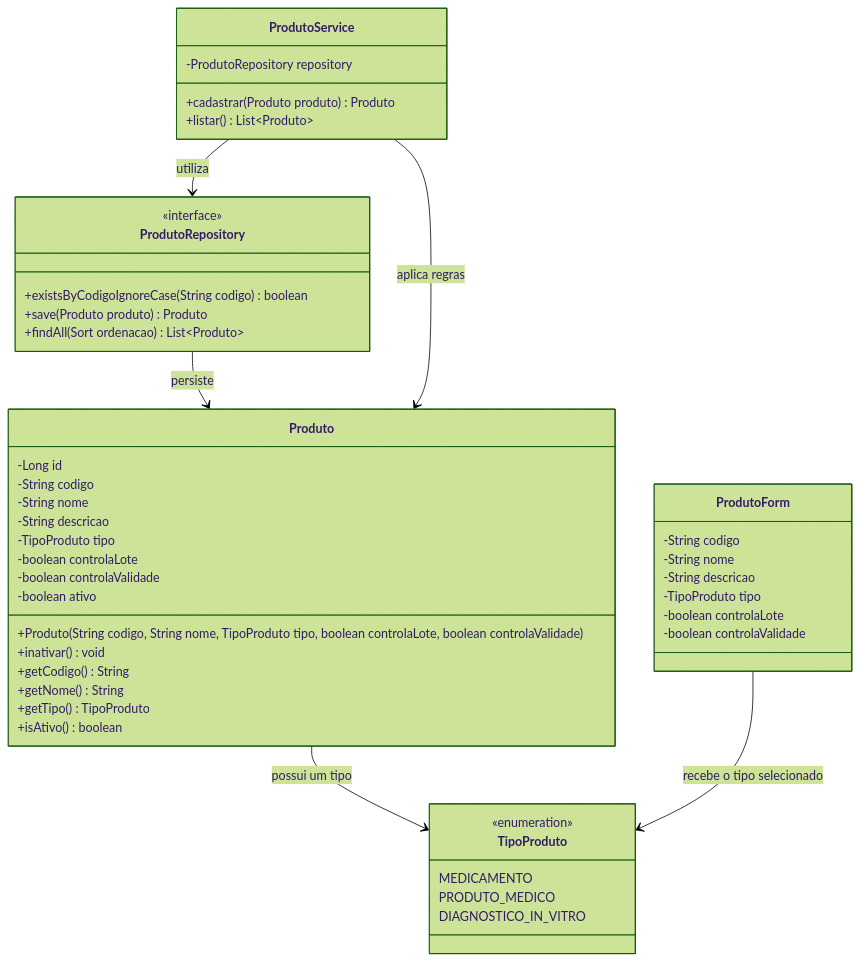
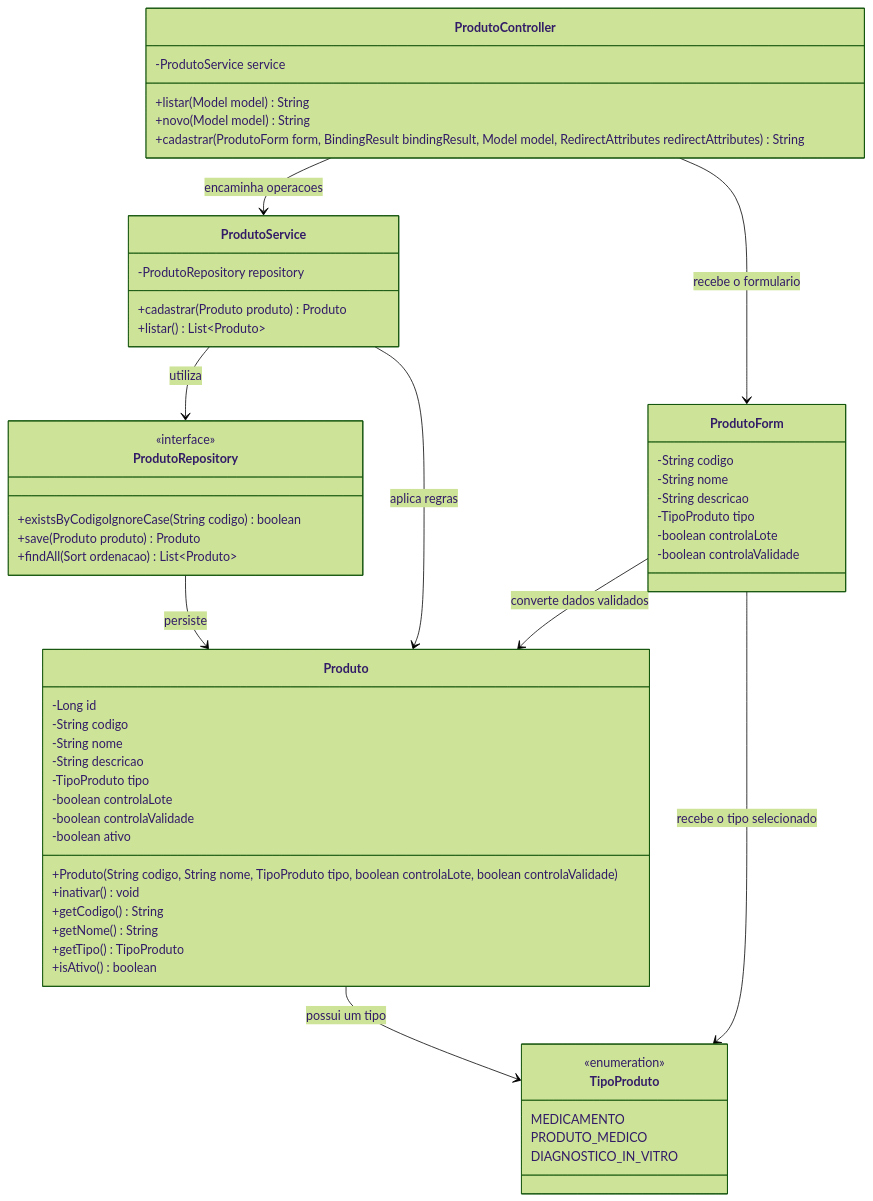
The first of 3 diagrams in docs/requisitos/02-diagramas-produtos.md (VictorBlesser/sistema-rastreabilidade), drawn with Mermaid (forest theme) before and after one commit. The commit also changed other lines of this file and 10 other files, not shown here.

````diff
--- a/docs/requisitos/02-diagramas-produtos.md
+++ b/docs/requisitos/02-diagramas-produtos.md
@@ -43,54 +39,64 @@
 ```mermaid
 classDiagram
     class TipoProduto {
         <<enumeration>>
         MEDICAMENTO
         PRODUTO_MEDICO
         DIAGNOSTICO_IN_VITRO
     }
 
     class Produto {
         -Long id
         -String codigo
         -String nome
         -String descricao
         -TipoProduto tipo
         -boolean controlaLote
         -boolean controlaValidade
         -boolean ativo
         +Produto(String codigo, String nome, TipoProduto tipo, boolean controlaLote, boolean controlaValidade)
         +inativar() void
         +getCodigo() String
         +getNome() String
         +getTipo() TipoProduto
         +isAtivo() boolean
     }
 
     class ProdutoRepository {
         <<interface>>
         +existsByCodigoIgnoreCase(String codigo) boolean
         +save(Produto produto) Produto
         +findAll(Sort ordenacao) List~Produto~
     }
 
     class ProdutoService {
         -ProdutoRepository repository
         +cadastrar(Produto produto) Produto
         +listar() List~Produto~
     }
 
     class ProdutoForm {
         -String codigo
         -String nome
         -String descricao
         -TipoProduto tipo
         -boolean controlaLote
         -boolean controlaValidade
     }
 
+    class ProdutoController {
+        -ProdutoService service
+        +listar(Model model) String
+        +novo(Model model) String
+        +cadastrar(ProdutoForm form, BindingResult bindingResult, Model model, RedirectAttributes redirectAttributes) String
+    }
+
     Produto --> TipoProduto : possui um tipo
     ProdutoRepository --> Produto : persiste
     ProdutoService --> ProdutoRepository : utiliza
     ProdutoService --> Produto : aplica regras
     ProdutoForm --> TipoProduto : recebe o tipo selecionado
+    ProdutoForm --> Produto : converte dados validados
+    ProdutoController --> ProdutoService : encaminha operacoes
+    ProdutoController --> ProdutoForm : recebe o formulario
 ```
````
